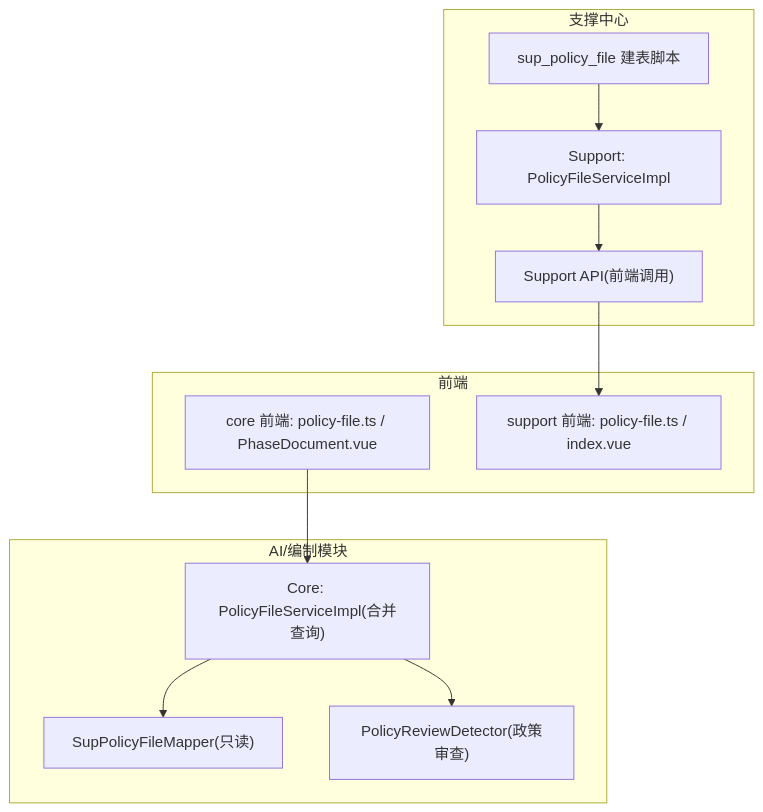
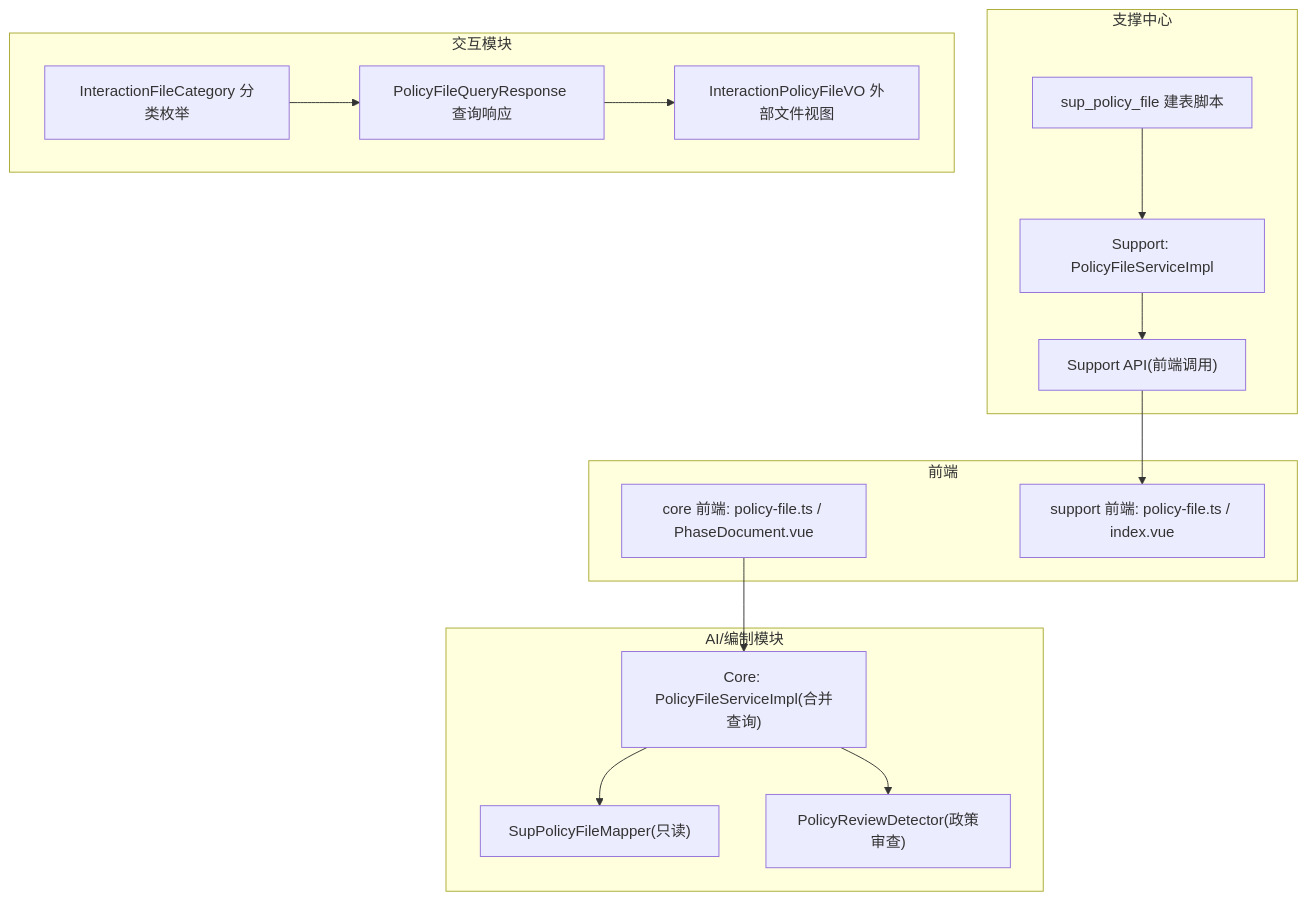
One commit to DrunkFood/First changed the first of 5 diagrams in .qoder/repowiki/zh/content/数据库设计/系统配置数据模型/业务配置数据/政策文件管理数据模型.md. Above: the diagram before and after it, drawn with Mermaid. The commit also changed other lines of this file and 103 other files, not shown here.

````diff
--- a/.qoder/repowiki/zh/content/数据库设计/系统配置数据模型/业务配置数据/政策文件管理数据模型.md
+++ b/.qoder/repowiki/zh/content/数据库设计/系统配置数据模型/业务配置数据/政策文件管理数据模型.md
@@ -48,23 +59,30 @@
 ```mermaid
 graph TB
 subgraph "支撑中心"
 SUP_SQL["sup_policy_file 建表脚本"]
 SUP_SVC["Support: PolicyFileServiceImpl"]
 SUP_API["Support API(前端调用)"]
+end
+subgraph "交互模块"
+INTERACTION_ENUM["InteractionFileCategory 分类枚举"]
+INTERACTION_DTO["PolicyFileQueryResponse 查询响应"]
+INTERACTION_VO["InteractionPolicyFileVO 外部文件视图"]
 end
 subgraph "AI/编制模块"
 CORE_SVC["Core: PolicyFileServiceImpl(合并查询)"]
 CORE_MAPPER["SupPolicyFileMapper(只读)"]
 DETECTOR["PolicyReviewDetector(政策审查)"]
 end
 subgraph "前端"
 FE_CORE["core 前端: policy-file.ts / PhaseDocument.vue"]
 FE_SUP["support 前端: policy-file.ts / index.vue"]
 end
 SUP_SQL --> SUP_SVC
 SUP_SVC --> SUP_API
 SUP_API --> FE_SUP
+INTERACTION_ENUM --> INTERACTION_DTO
+INTERACTION_DTO --> INTERACTION_VO
 CORE_SVC --> CORE_MAPPER
 CORE_SVC --> DETECTOR
 FE_CORE --> CORE_SVC
 ```
````
